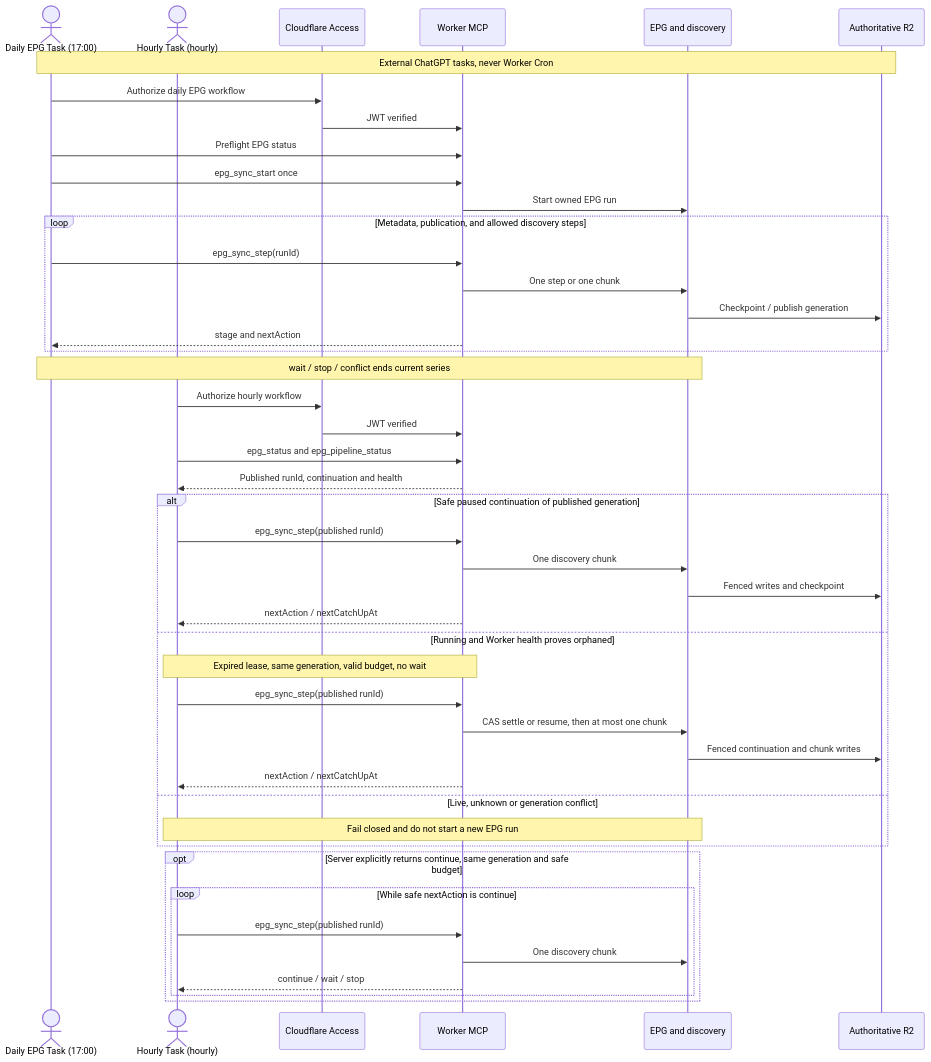
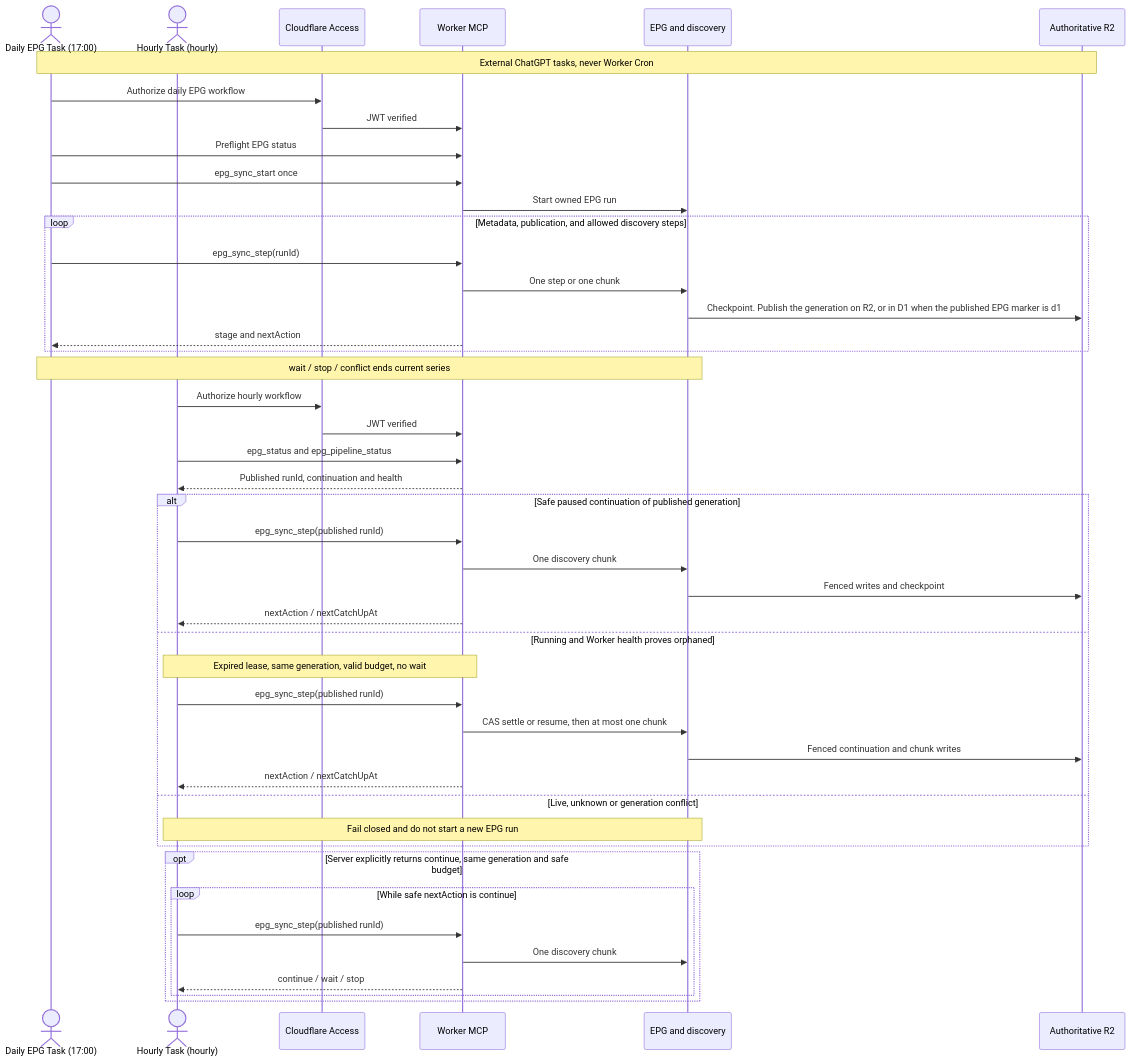
The first of 6 diagrams in docs/architecture/scheduling-and-orchestration.md (vladimino/iptv-watchlist), drawn with Mermaid before and after one commit. The commit also changed other lines of this file and 41 other files, not shown here.

First line of the commit message:
AIR-319: prepare D1-authoritative published EPG with guarded cutover (ADR 0079)

````diff
--- a/docs/architecture/scheduling-and-orchestration.md
+++ b/docs/architecture/scheduling-and-orchestration.md
@@ -9,47 +9,47 @@
 ```mermaid
 sequenceDiagram
     actor Daily as Daily EPG Task (17:00)
     actor Hourly as Hourly Task (hourly)
     participant Access as Cloudflare Access
     participant MCP as Worker MCP
     participant EPG as EPG and discovery
     participant R2 as Authoritative R2
     Note over Daily,R2: External ChatGPT tasks, never Worker Cron
     Daily->>Access: Authorize daily EPG workflow
     Access->>MCP: JWT verified
     Daily->>MCP: Preflight EPG status
     Daily->>MCP: epg_sync_start once
     MCP->>EPG: Start owned EPG run
     loop Metadata, publication, and allowed discovery steps
         Daily->>MCP: epg_sync_step(runId)
         MCP->>EPG: One step or one chunk
-        EPG->>R2: Checkpoint / publish generation
+        EPG->>R2: Checkpoint. Publish the generation on R2, or in D1 when the published EPG marker is d1
         MCP-->>Daily: stage and nextAction
     end
     Note over Daily,EPG: wait / stop / conflict ends current series
     Hourly->>Access: Authorize hourly workflow
     Access->>MCP: JWT verified
     Hourly->>MCP: epg_status and epg_pipeline_status
     MCP-->>Hourly: Published runId, continuation and health
     alt Safe paused continuation of published generation
         Hourly->>MCP: epg_sync_step(published runId)
         MCP->>EPG: One discovery chunk
         EPG->>R2: Fenced writes and checkpoint
         MCP-->>Hourly: nextAction / nextCatchUpAt
     else Running and Worker health proves orphaned
         Note over Hourly,MCP: Expired lease, same generation, valid budget, no wait
         Hourly->>MCP: epg_sync_step(published runId)
         MCP->>EPG: CAS settle or resume, then at most one chunk
         EPG->>R2: Fenced continuation and chunk writes
         MCP-->>Hourly: nextAction / nextCatchUpAt
     else Live, unknown or generation conflict
         Note over Hourly,EPG: Fail closed and do not start a new EPG run
     end
     opt Server explicitly returns continue, same generation and safe budget
         loop While safe nextAction is continue
             Hourly->>MCP: epg_sync_step(published runId)
             MCP->>EPG: One discovery chunk
             MCP-->>Hourly: continue / wait / stop
         end
     end
 ```
````
